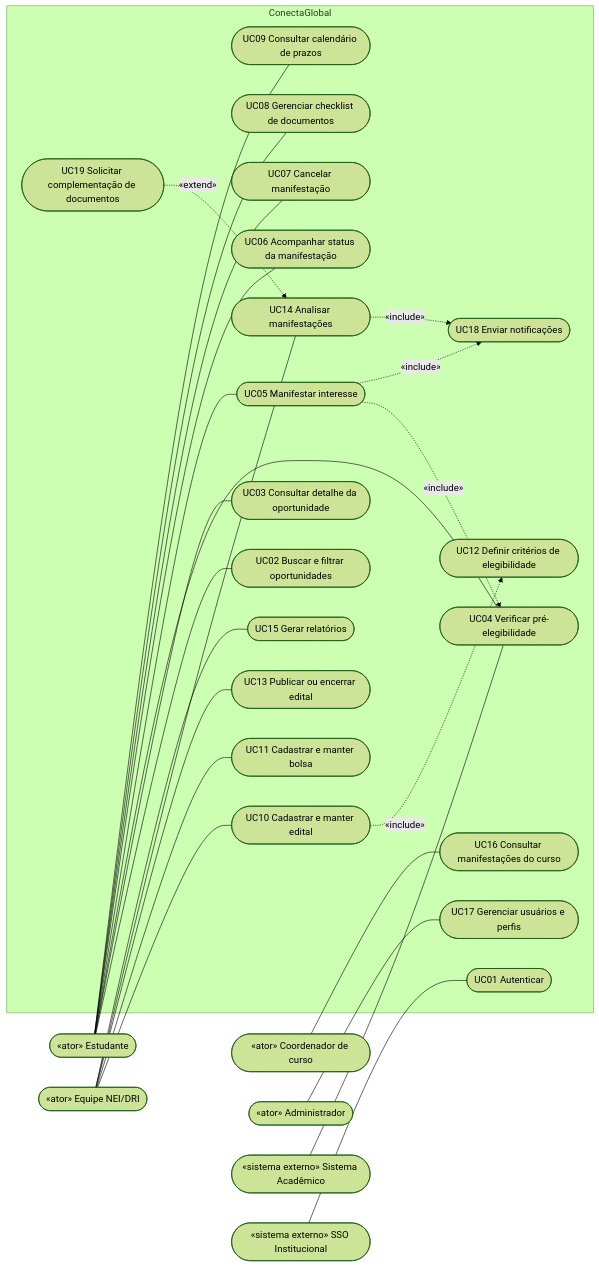
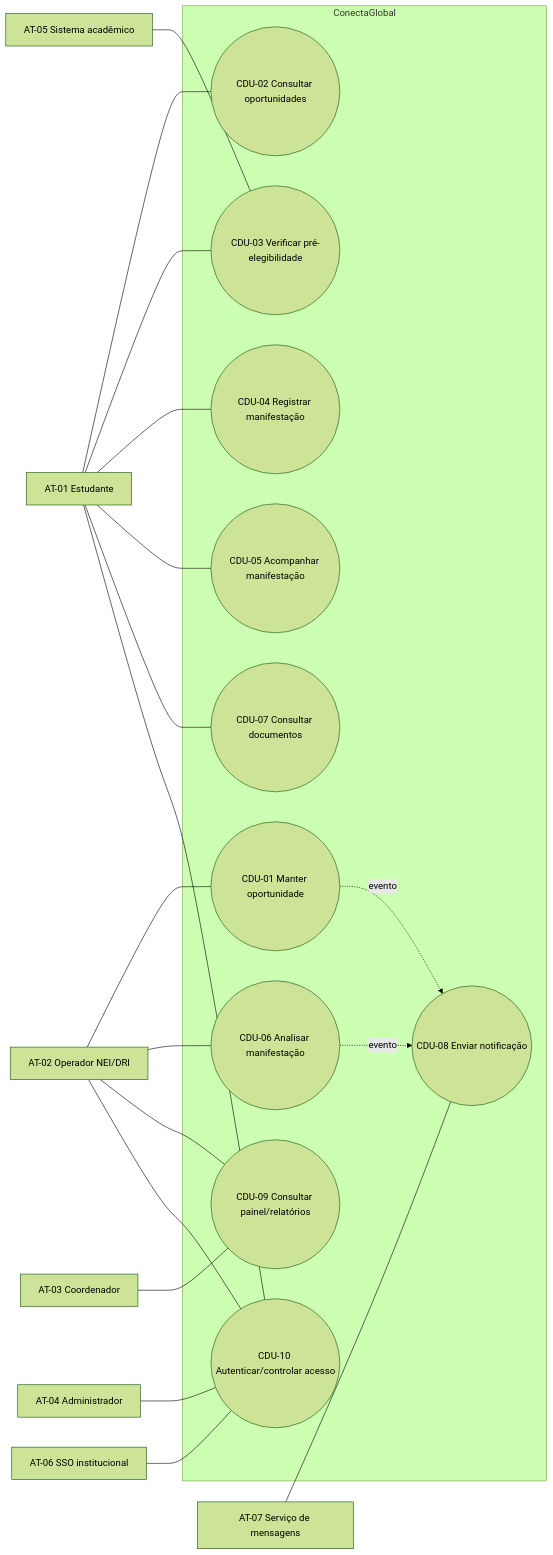
One commit to AllisonOliv/requisitos-2026.2--grupo3 changed the first of 3 diagrams in uml/diagramas.md. Above: the diagram before and after it, drawn with Mermaid (forest theme). The commit also changed other lines of this file and 9 other files, not shown here.

````diff
--- a/uml/diagramas.md
+++ b/uml/diagramas.md
@@ -9,58 +11,41 @@
 ```mermaid
 flowchart LR
-    EST(["«ator» Estudante"])
-    NEI(["«ator» Equipe NEI/DRI"])
-    COO(["«ator» Coordenador de curso"])
-    ADM(["«ator» Administrador"])
-    ACAD(["«sistema externo» Sistema Acadêmico"])
-    SSO(["«sistema externo» SSO Institucional"])
+    Estudante["AT-01 Estudante"]
+    Operador["AT-02 Operador NEI/DRI"]
+    Coordenador["AT-03 Coordenador"]
+    Admin["AT-04 Administrador"]
+    Academico["AT-05 Sistema acadêmico"]
+    SSO["AT-06 SSO institucional"]
+    Mensageria["AT-07 Serviço de mensagens"]
 
-    subgraph SIS["ConectaGlobal"]
-        UC1(["UC01 Autenticar"])
-        UC2(["UC02 Buscar e filtrar oportunidades"])
-        UC3(["UC03 Consultar detalhe da oportunidade"])
-        UC4(["UC04 Verificar pré-elegibilidade"])
-        UC5(["UC05 Manifestar interesse"])
-        UC6(["UC06 Acompanhar status da manifestação"])
-        UC7(["UC07 Cancelar manifestação"])
-        UC8(["UC08 Gerenciar checklist de documentos"])
-        UC9(["UC09 Consultar calendário de prazos"])
-        UC10(["UC10 Cadastrar e manter edital"])
-        UC11(["UC11 Cadastrar e manter bolsa"])
-        UC12(["UC12 Definir critérios de elegibilidade"])
-        UC13(["UC13 Publicar ou encerrar edital"])
-        UC14(["UC14 Analisar manifestações"])
-        UC15(["UC15 Gerar relatórios"])
-        UC16(["UC16 Consultar manifestações do curso"])
-        UC17(["UC17 Gerenciar usuários e perfis"])
-        UC18(["UC18 Enviar notificações"])
-        UC19(["UC19 Solicitar complementação de documentos"])
+    subgraph CG["ConectaGlobal"]
+      UC1(("CDU-01 Manter oportunidade"))
+      UC2(("CDU-02 Consultar oportunidades"))
+      UC3(("CDU-03 Verificar pré-elegibilidade"))
+      UC4(("CDU-04 Registrar manifestação"))
+      UC5(("CDU-05 Acompanhar manifestação"))
+      UC6(("CDU-06 Analisar manifestação"))
+      UC7(("CDU-07 Consultar documentos"))
+      UC8(("CDU-08 Enviar notificação"))
+      UC9(("CDU-09 Consultar painel/relatórios"))
+      UC10(("CDU-10 Autenticar/controlar acesso"))
     end
 
-    EST --- UC2
-    EST --- UC3
-    EST --- UC4
-    EST --- UC5
-    EST --- UC6
-    EST --- UC7
-    EST --- UC8
-    EST --- UC9
-
-    NEI --- UC10
-    NEI --- UC11
-    NEI --- UC13
-    NEI --- UC14
-    NEI --- UC15
-
-    COO --- UC16
-    ADM --- UC17
-
-    UC10 -. "«include»" .-> UC12
-    UC5 -. "«include»" .-> UC4
-    UC5 -. "«include»" .-> UC18
-    UC14 -. "«include»" .-> UC18
-    UC19 -. "«extend»" .-> UC14
-
-    SSO --- UC1
-    ACAD --- UC4
+    Estudante --- UC2
+    Estudante --- UC3
+    Estudante --- UC4
+    Estudante --- UC5
+    Estudante --- UC7
+    Operador --- UC1
+    Operador --- UC6
+    Operador --- UC9
+    Coordenador --- UC9
+    Admin --- UC10
+    Estudante --- UC10
+    Operador --- UC10
+    SSO --- UC10
+    Academico --- UC3
+    Mensageria --- UC8
+    UC1 -. evento .-> UC8
+    UC6 -. evento .-> UC8
 ```
````
